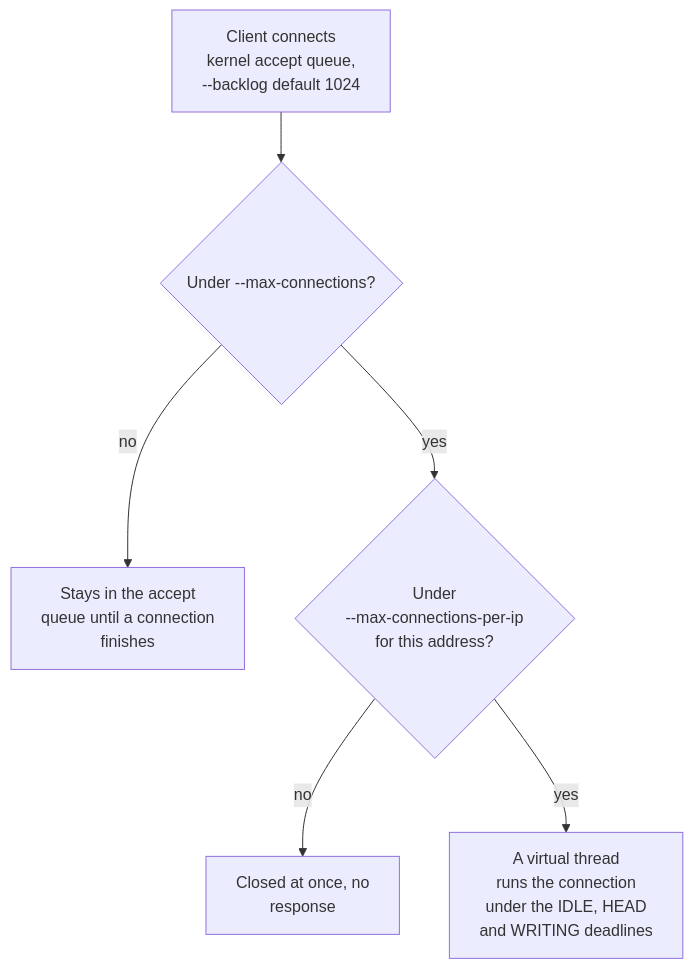
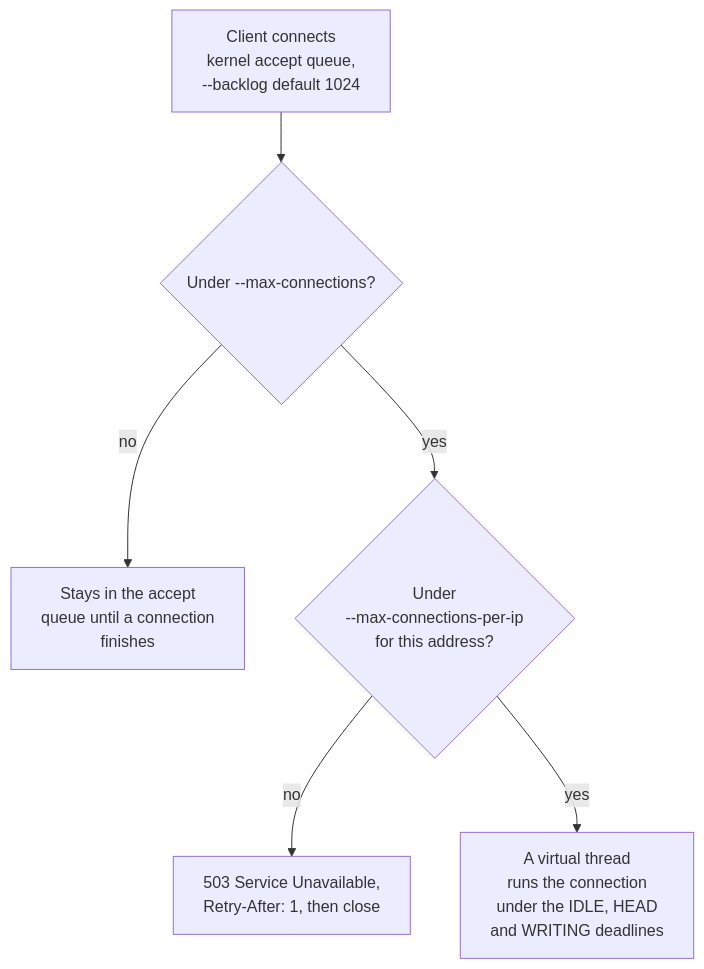
The second of 2 diagrams in docs/user/http1.md (BlivionIaG/sjws_nettask), drawn with Mermaid before and after one commit. The commit also changed other lines of this file and 2 other files, not shown here.

Commit message:
test(#327): expect canned 503 on H1 per-IP refuse (fail before fix)
Update HardeningIntegrationTest and http1.md for the Security settlement:
over max_connections_per_ip, cleartext H1 clients must see 503 +
Retry-After: 1 then EOF, with no limit/count/address leakage.
Wire refuseWith503 as a silent-close stub so the test fails closed
until the real write/drain lands. ThreadLocal drain buffer +
confinement test included.

````diff
--- a/docs/user/http1.md
+++ b/docs/user/http1.md
@@ -50,8 +50,8 @@
 ```mermaid
 flowchart TD
     q["Client connects<br/>kernel accept queue,<br/>--backlog default 1024"] --> cap{"Under --max-connections?"}
     cap -->|no| wait["Stays in the accept<br/>queue until a connection<br/>finishes"]
     cap -->|yes| ip{"Under<br/>--max-connections-per-ip<br/>for this address?"}
-    ip -->|no| drop["Closed at once, no<br/>response"]
+    ip -->|no| drop["503 Service Unavailable,<br/>Retry-After: 1, then close"]
     ip -->|yes| run["A virtual thread<br/>runs the connection<br/>under the IDLE, HEAD<br/>and WRITING deadlines"]
 ```
````
